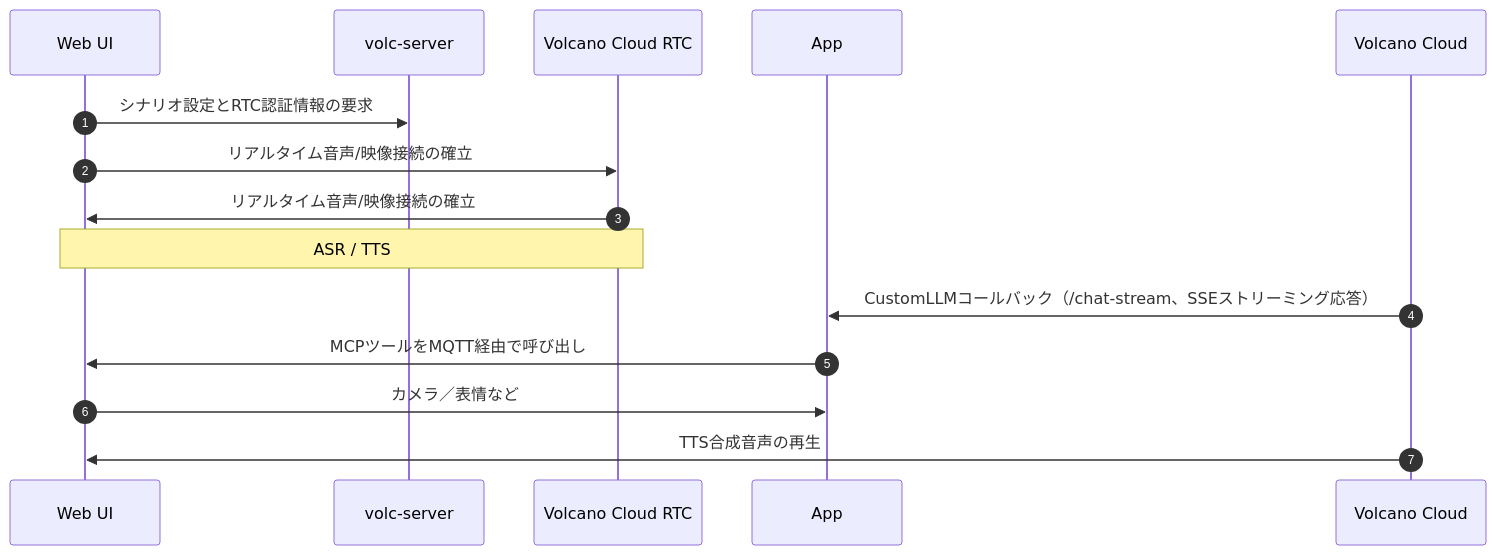
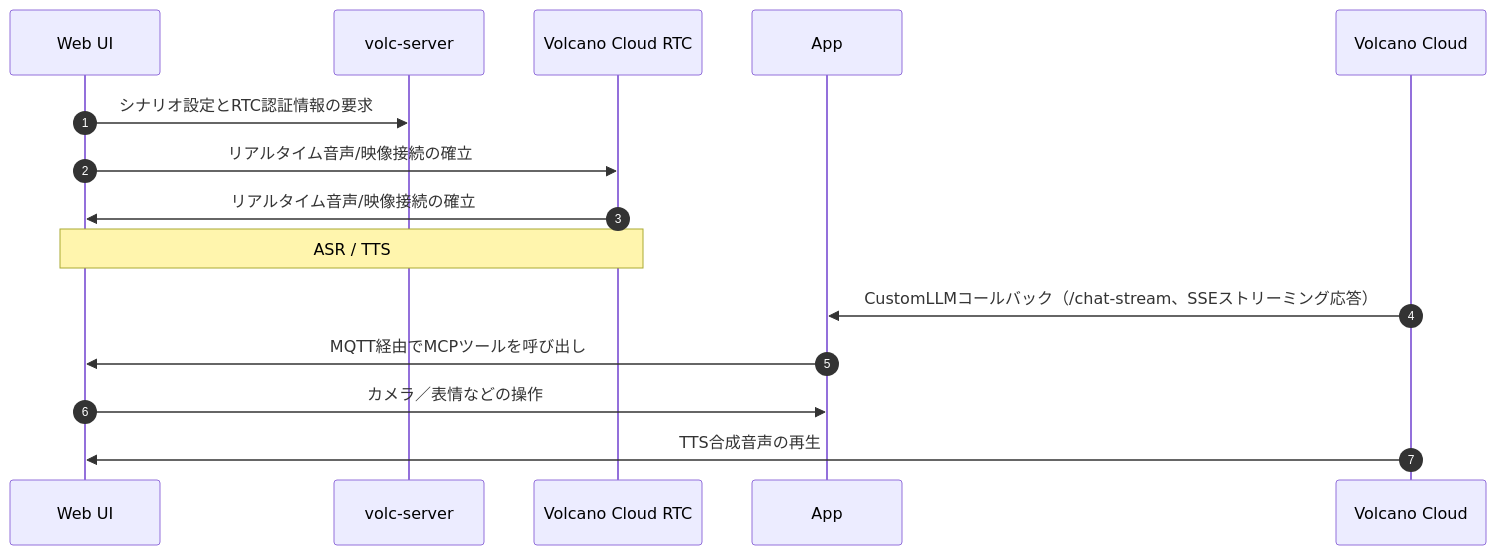
The diagram in ja_JP/emqx-ai/rtc-services/volcengine-rtc/quick-start.md (emqx/emqx-docs), drawn with Mermaid before and after one commit. The commit also changed other lines of this file and 75 other files, not shown here.

````diff
--- a/ja_JP/emqx-ai/rtc-services/volcengine-rtc/quick-start.md
+++ b/ja_JP/emqx-ai/rtc-services/volcengine-rtc/quick-start.md
@@ -21,23 +21,23 @@
 ```mermaid
 sequenceDiagram
     autonumber
     participant WebUI as Web UI
     participant Volc as volc-server
     participant RTC as Volcano Cloud RTC
     participant App as App
     participant Cloud as Volcano Cloud
 
     WebUI ->> Volc: シナリオ設定とRTC認証情報の要求
 
     WebUI ->> RTC: リアルタイム音声/映像接続の確立
     RTC ->> WebUI: リアルタイム音声/映像接続の確立
     note over WebUI, RTC: ASR / TTS
 
     Cloud ->> App: CustomLLMコールバック（/chat-stream、SSEストリーミング応答）
 
-    App ->> WebUI: MCPツールをMQTT経由で呼び出し
-    WebUI ->> App: カメラ／表情など
+    App ->> WebUI: MQTT経由でMCPツールを呼び出し
+    WebUI ->> App: カメラ／表情などの操作
 
     Cloud ->> WebUI: TTS合成音声の再生
 
 ```
````
